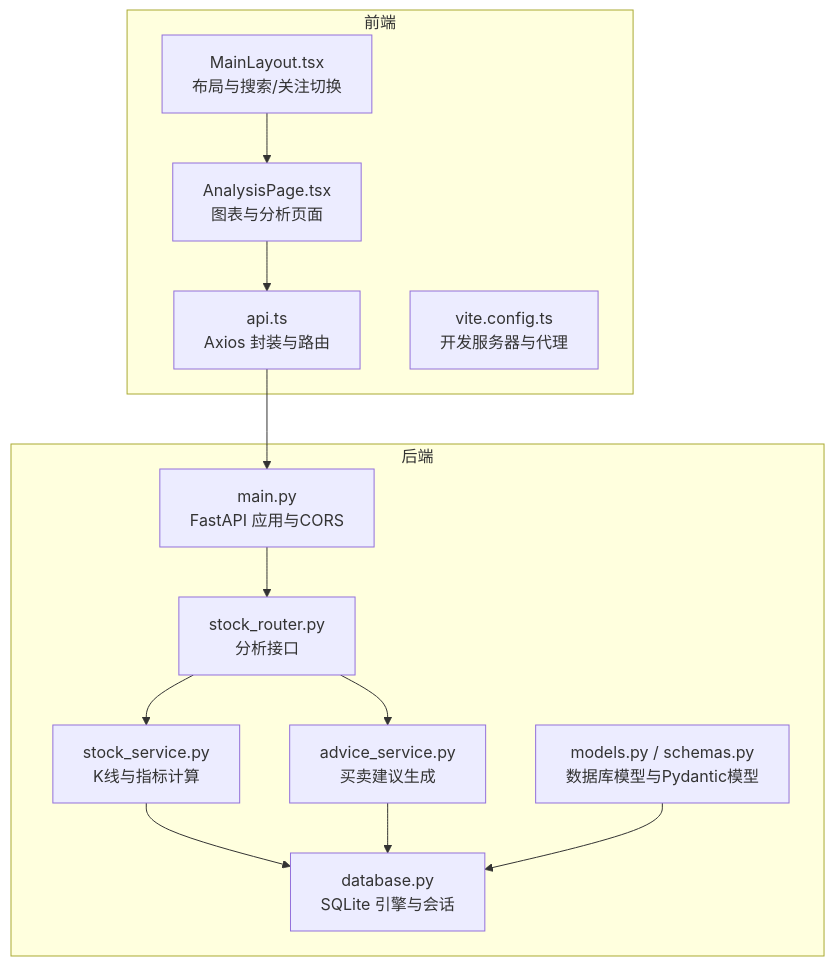
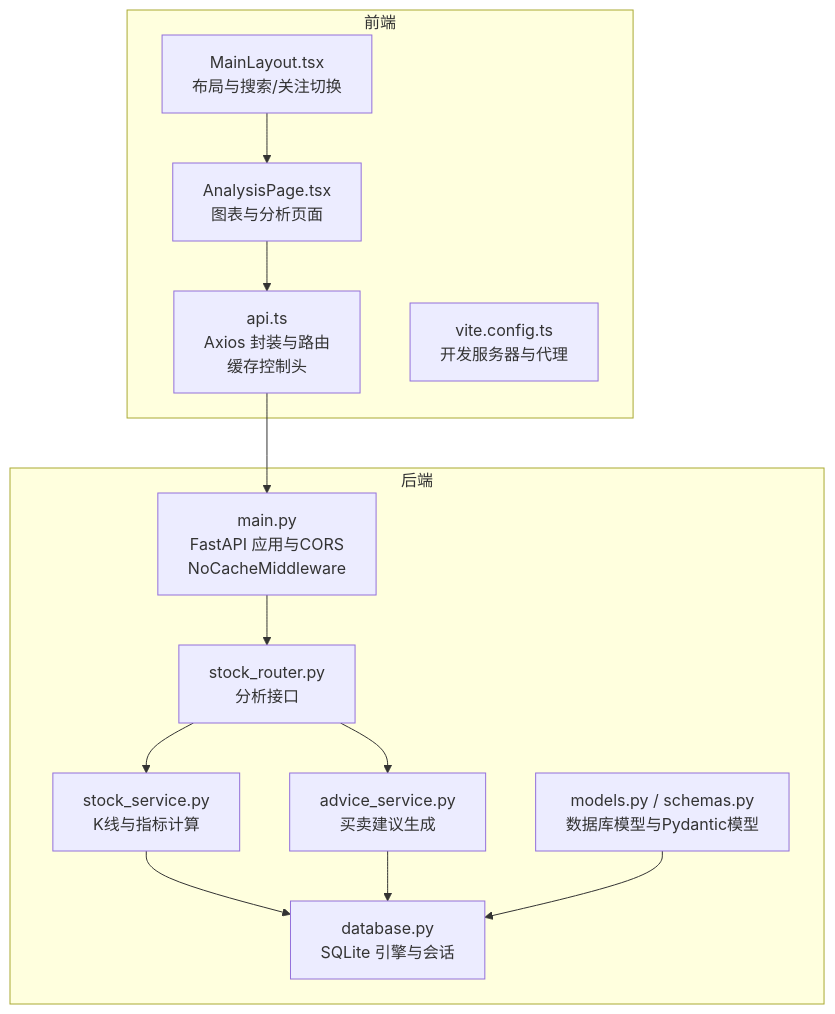
One commit to Moruime/stock_foker changed the first of 7 diagrams in .qoder/repowiki/zh/content/核心功能/技术面分析系统/图表展示集成.md. Above: the diagram before and after it, drawn with Mermaid. The commit also changed other lines of this file and 15 other files, not shown here.

````diff
--- a/.qoder/repowiki/zh/content/核心功能/技术面分析系统/图表展示集成.md
+++ b/.qoder/repowiki/zh/content/核心功能/技术面分析系统/图表展示集成.md
@@ -44,26 +52,26 @@
 ```mermaid
 graph TB
 subgraph "前端"
 A["MainLayout.tsx<br/>布局与搜索/关注切换"]
 B["AnalysisPage.tsx<br/>图表与分析页面"]
-C["api.ts<br/>Axios 封装与路由"]
+C["api.ts<br/>Axios 封装与路由<br/>缓存控制头"]
 D["vite.config.ts<br/>开发服务器与代理"]
 end
 subgraph "后端"
-E["main.py<br/>FastAPI 应用与CORS"]
+E["main.py<br/>FastAPI 应用与CORS<br/>NoCacheMiddleware"]
 F["stock_router.py<br/>分析接口"]
 G["stock_service.py<br/>K线与指标计算"]
 H["advice_service.py<br/>买卖建议生成"]
 I["models.py / schemas.py<br/>数据库模型与Pydantic模型"]
 J["database.py<br/>SQLite 引擎与会话"]
 end
 A --> B
 B --> C
 C --> E
 E --> F
 F --> G
 F --> H
 G --> J
 H --> J
 I --> J
 ```
````
